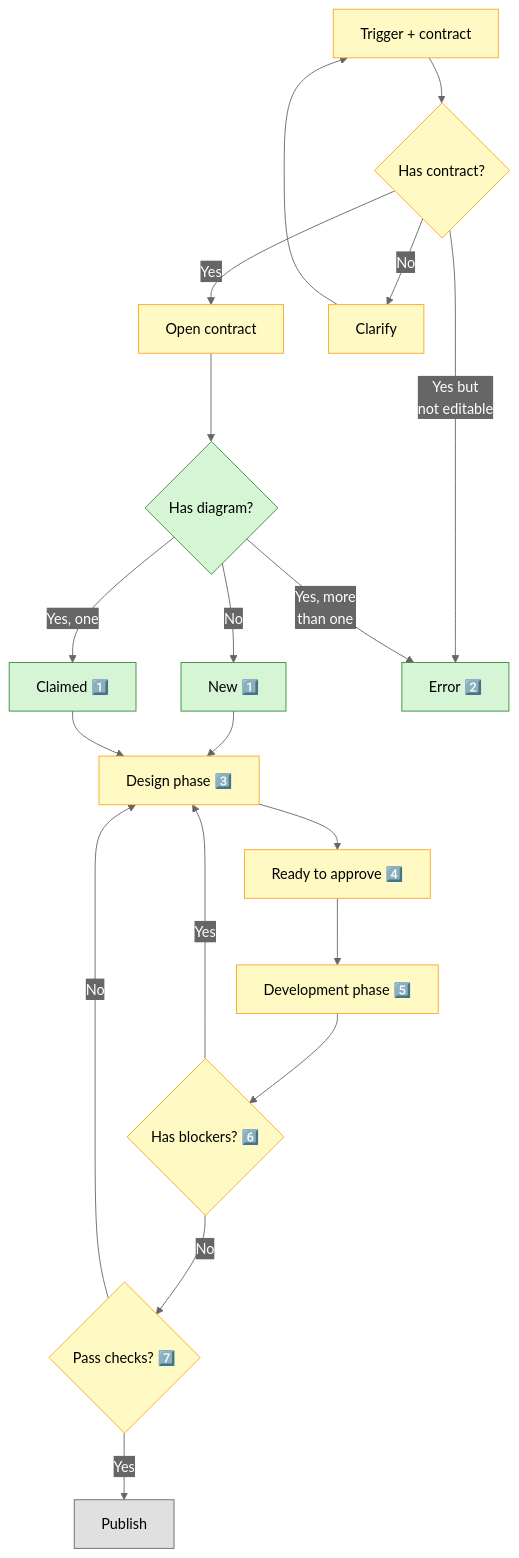
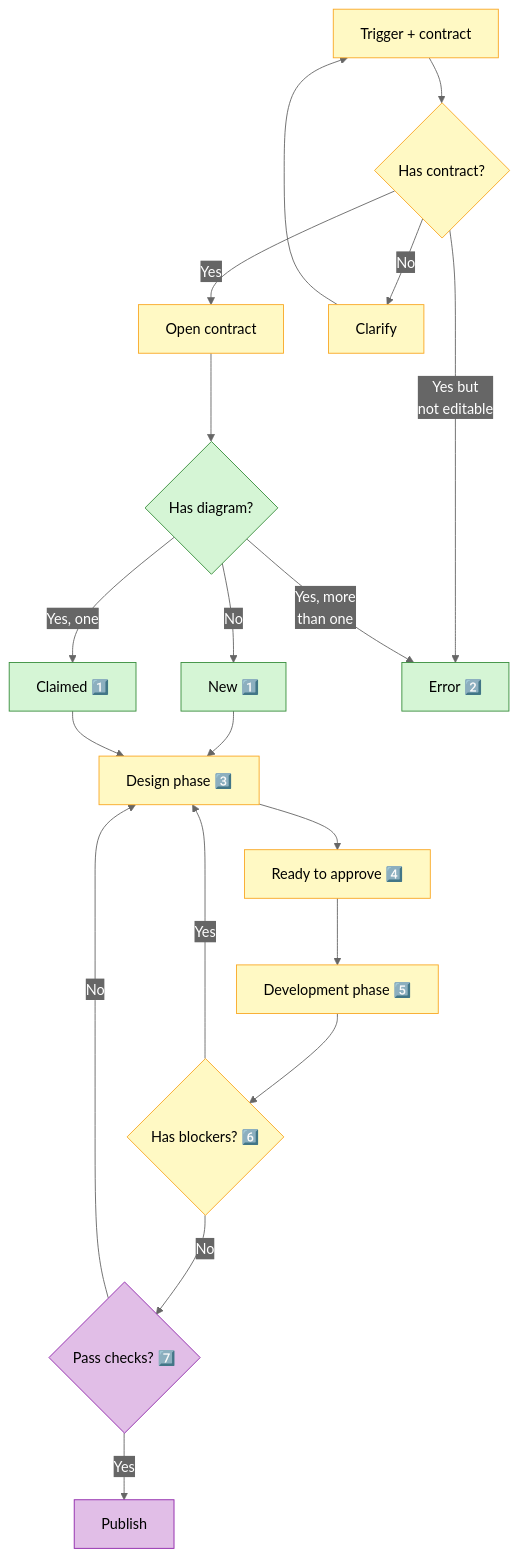
One commit to nonlinear/skills changed the diagram in contract-diagram/SKILL.md. Above: the diagram before and after it, drawn with Mermaid. The commit also changed other lines of this file and 1 other file, not shown here.

Commit message:
Add 'outside-system' class (purple) for PUBLISH + TESTS

````diff
--- a/contract-diagram/SKILL.md
+++ b/contract-diagram/SKILL.md
@@ -26,50 +28,51 @@
 ```mermaid
 %%{init: {'theme':'base','themeVariables':{"primaryColor":"#4A90E2","primaryTextColor":"#fff","primaryBorderColor":"#2E5C8A","lineColor":"#666","secondaryColor":"#50E3C2","tertiaryColor":"#FFD700","edgeLabelBackground":"#666"},'flowchart':{"nodeSpacing":50,"rankSpacing":50,"padding":15,"curve":"basis"}}}%%
 flowchart TD
     TRIGGER["Trigger + contract"]
     CHECK_CONTRACT{"Has contract?"}
     OPEN["Open contract"]
     CLARIFY["Clarify"]
     CHECK_DIAGRAM{"Has diagram?"}
     CREATE["New 1️⃣"]
     CLAIM["Claimed 1️⃣"]
     ERROR["Error 2️⃣"]
     
     DESIGN["Design phase 3️⃣"]
     SIGNOFF["Ready to approve 4️⃣"]
     DEVELOPMENT["Development phase 5️⃣"]
     BLOCKERS{"Has blockers? 6️⃣"}
     TESTS{"Pass checks? 7️⃣"}
     PUBLISH["Publish"]
     
     TRIGGER --> CHECK_CONTRACT
     CHECK_CONTRACT -->|Yes| OPEN
     CHECK_CONTRACT -->|Yes but<br/>not editable| ERROR
     CHECK_CONTRACT -->|No| CLARIFY
     CLARIFY --> TRIGGER
     
     OPEN --> CHECK_DIAGRAM
     CHECK_DIAGRAM -->|Yes, more<br/>than one| ERROR
     CHECK_DIAGRAM -->|Yes, one| CLAIM
     CHECK_DIAGRAM -->|No| CREATE
     
     CREATE --> DESIGN
     CLAIM --> DESIGN
     DESIGN --> SIGNOFF
     SIGNOFF --> DEVELOPMENT
     DEVELOPMENT --> BLOCKERS
     BLOCKERS -->|Yes| DESIGN
     BLOCKERS -->|No| TESTS
     TESTS -->|Yes| PUBLISH
     TESTS -->|No| DESIGN
     
     classDef default fill:#e0e0e0,stroke:#666,color:#000
     classDef approved fill:#FFF9C4,stroke:#F9A825,color:#000
     classDef developed fill:#D5F5D5,stroke:#388E3C,color:#000
     classDef blocker fill:#FFCDD2,stroke:#D32F2F,color:#000
     classDef developed-notes fill:#E3F2FD,stroke:#1976D2,color:#000
+    classDef outside-system fill:#E1BEE7,stroke:#8E24AA,color:#000
     
-    class TRIGGER,CHECK_CONTRACT,OPEN,CLARIFY,DESIGN,SIGNOFF,DEVELOPMENT,BLOCKERS,TESTS approved
+    class TRIGGER,CHECK_CONTRACT,OPEN,CLARIFY,DESIGN,SIGNOFF,DEVELOPMENT,BLOCKERS approved
     class CHECK_DIAGRAM,CREATE,CLAIM,ERROR developed
-    class PUBLISH default
+    class PUBLISH,TESTS outside-system
 ```
````
